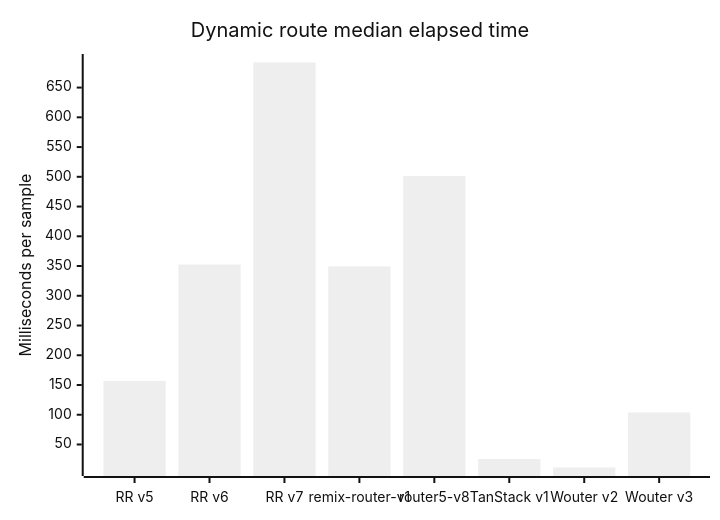
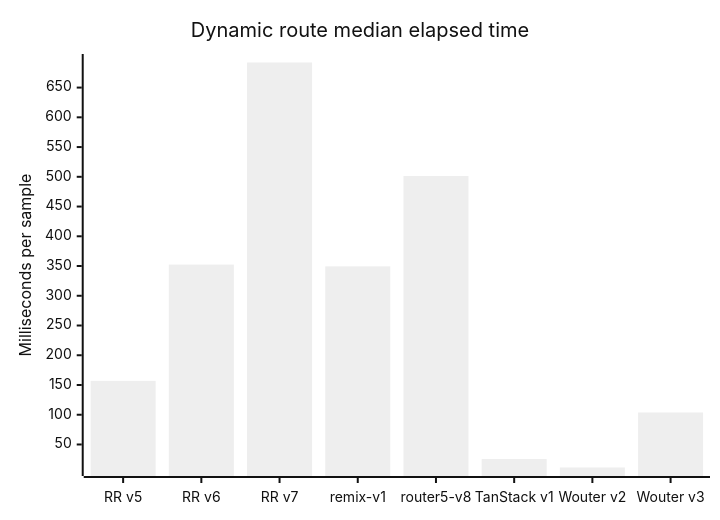
Before and after one commit to rudolfolah/benchmark-routers-for-react: the first of 3 diagrams in README.md, drawn with Mermaid (neutral theme). The commit also changed other lines of this file and 1 other file, not shown here.

Commit message:
Shorten Remix benchmark chart labels

````diff
--- a/README.md
+++ b/README.md
@@ -108,7 +108,7 @@
 ```mermaid
 xychart-beta
     title "Dynamic route median elapsed time"
-    x-axis ["RR v5", "RR v6", "RR v7", "remix-router-v1", "router5-v8", "TanStack v1", "Wouter v2", "Wouter v3"]
+    x-axis ["RR v5", "RR v6", "RR v7", "remix-v1", "router5-v8", "TanStack v1", "Wouter v2", "Wouter v3"]
     y-axis "Milliseconds per sample"
     bar [156.907, 352.453, 692.15, 349.462, 501.257, 25.538, 11.301, 103.803]
 ```
````
